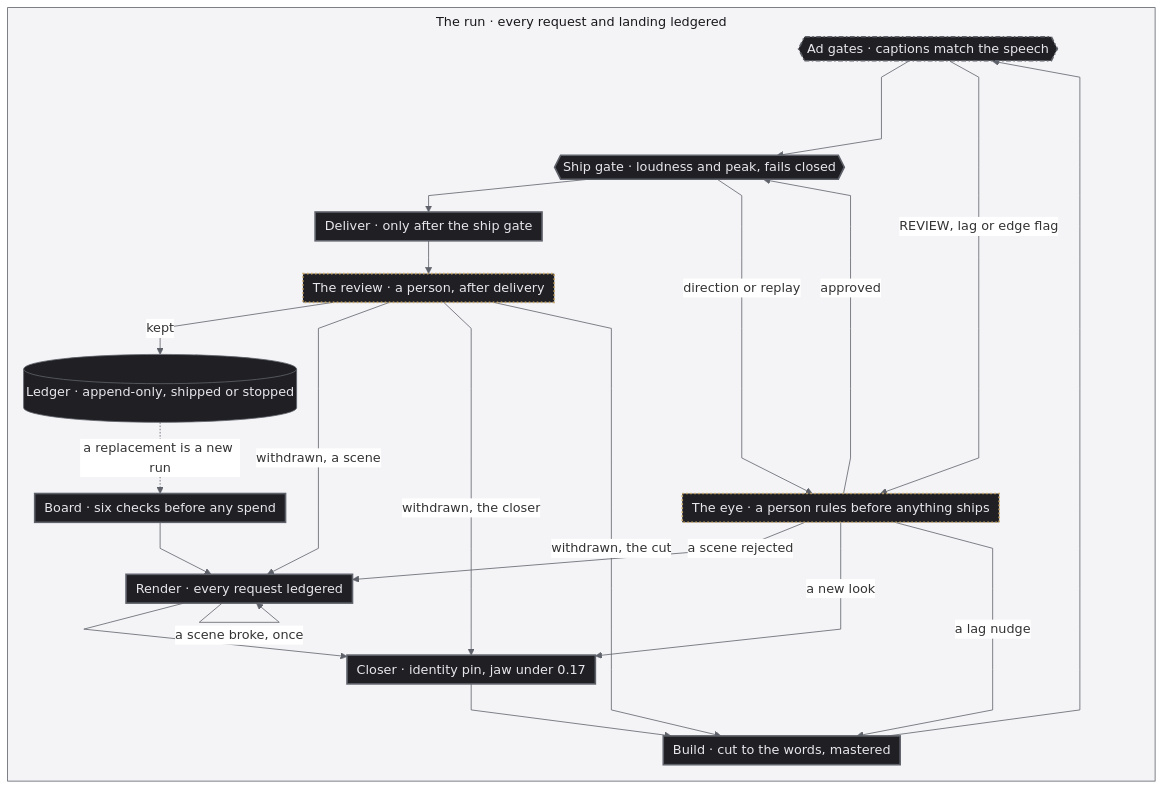
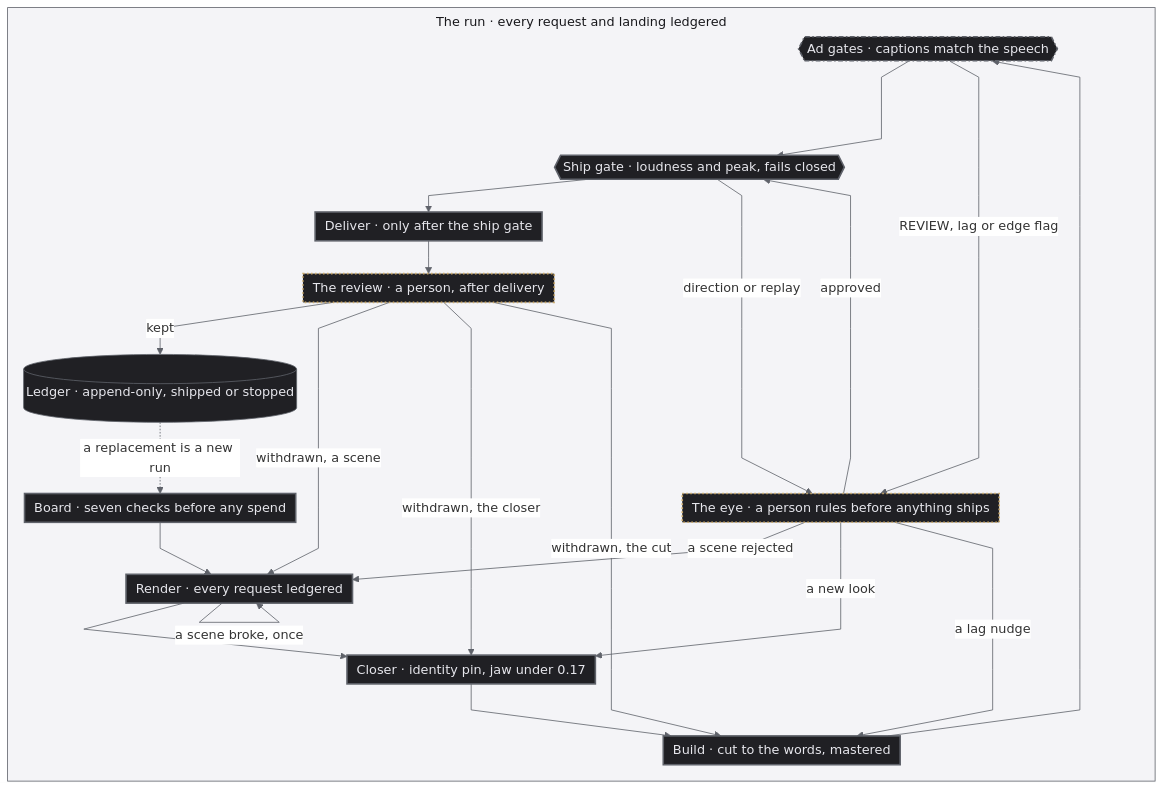
One commit to jameswniu/autonomous-ads-pipeline-multimodal-evals changed the diagram in README.md. Above: the diagram before and after it, drawn with Mermaid. The commit also changed other lines of this file and 19 other files, not shown here.

````diff
--- a/README.md
+++ b/README.md
@@ -169,40 +169,40 @@
 ```mermaid
 %%{init: {'flowchart': {'curve': 'linear', 'nodeSpacing': 20, 'rankSpacing': 16, 'padding': 6, 'diagramPadding': 2, 'wrappingWidth': 520, 'subGraphTitleMargin': {'top': 6, 'bottom': 10}}, 'themeVariables': {'fontSize': '16px', 'lineColor': '#5f626a', 'edgeLabelBackground': '#ffffff', 'clusterBkg': '#f4f4f7', 'clusterBorder': '#5f626a', 'titleColor': '#18181c'}}}%%
 flowchart TD
     subgraph RUN["The run · every request and landing ledgered"]
         direction TB
         ad_gates{{"Ad gates · captions match the speech"}}
         %% GH is an invisible twin of the eye, it balances the spine so the steps stay in one column
         ad_gates ~~~ GH["The eye · a person rules before anything ships"]
         GH ~~~ ship_gate
-        board["Board · six checks before any spend"] --> render["Render · every request ledgered"] --> closer["Closer · identity pin, jaw under 0.17"] --> build["Build · cut to the words, mastered"] --> ad_gates --> ship_gate{{"Ship gate · loudness and peak, fails closed"}} --> deliver["Deliver · only after the ship gate"]
+        board["Board · seven checks before any spend"] --> render["Render · every request ledgered"] --> closer["Closer · identity pin, jaw under 0.17"] --> build["Build · cut to the words, mastered"] --> ad_gates --> ship_gate{{"Ship gate · loudness and peak, fails closed"}} --> deliver["Deliver · only after the ship gate"]
         deliver --> review["The review · a person, after delivery"]
         review -->|"kept"| ledger[("Ledger · append-only, shipped or stopped")]
         render -->|"a scene broke, once"| render
         ad_gates -->|"REVIEW, lag or edge flag"| eye["The eye · a person rules before anything ships"]
         eye -->|"approved"| ship_gate
         eye -->|"a scene rejected"| render
         eye -->|"a new look"| closer
         eye -->|"a lag nudge"| build
         ship_gate -->|"direction or replay"| eye
         review -->|"withdrawn, a scene"| render
         review -->|"withdrawn, the closer"| closer
         review -->|"withdrawn, the cut"| build
         ledger -.->|"a replacement is a new run"| board
     end
 
     classDef run fill:#202024,stroke:#5f626a,color:#e6e6ec
     classDef process fill:#202024,stroke:#5f626a,stroke-width:2px,color:#e6e6ec
     classDef outcome fill:#202024,stroke:#5f626a,stroke-width:2px,stroke-dasharray:6 3,color:#e6e6ec
     classDef quality fill:#202024,stroke:#c9a86a,stroke-width:2px,stroke-dasharray:2 3,color:#e6e6ec
     classDef shared fill:#202024,stroke:#5f626a,stroke-width:2px,stroke-dasharray:6 3 2 3,color:#e6e6ec
     classDef ghost fill:none,stroke:none,color:transparent
     class ledger run
     class board,render,closer,build,ship_gate,deliver process
     class ad_gates outcome
     class ad_gates quality
     class ad_gates shared
     class eye,review quality
     class GH ghost
     style RUN fill:#f4f4f7,stroke:#5f626a,color:#18181c
 ```
````
